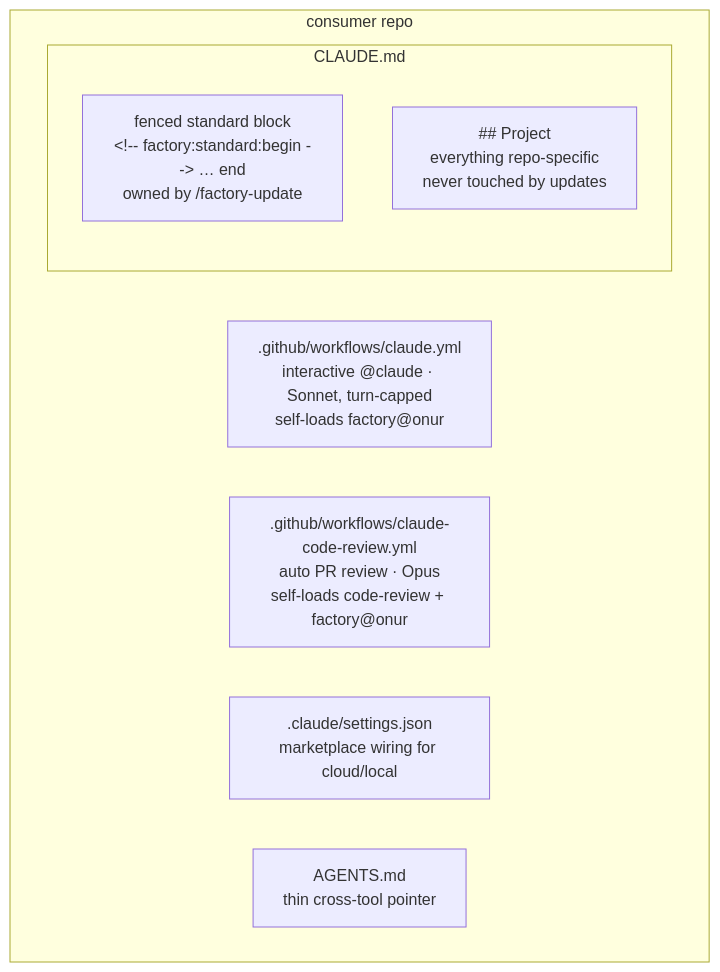
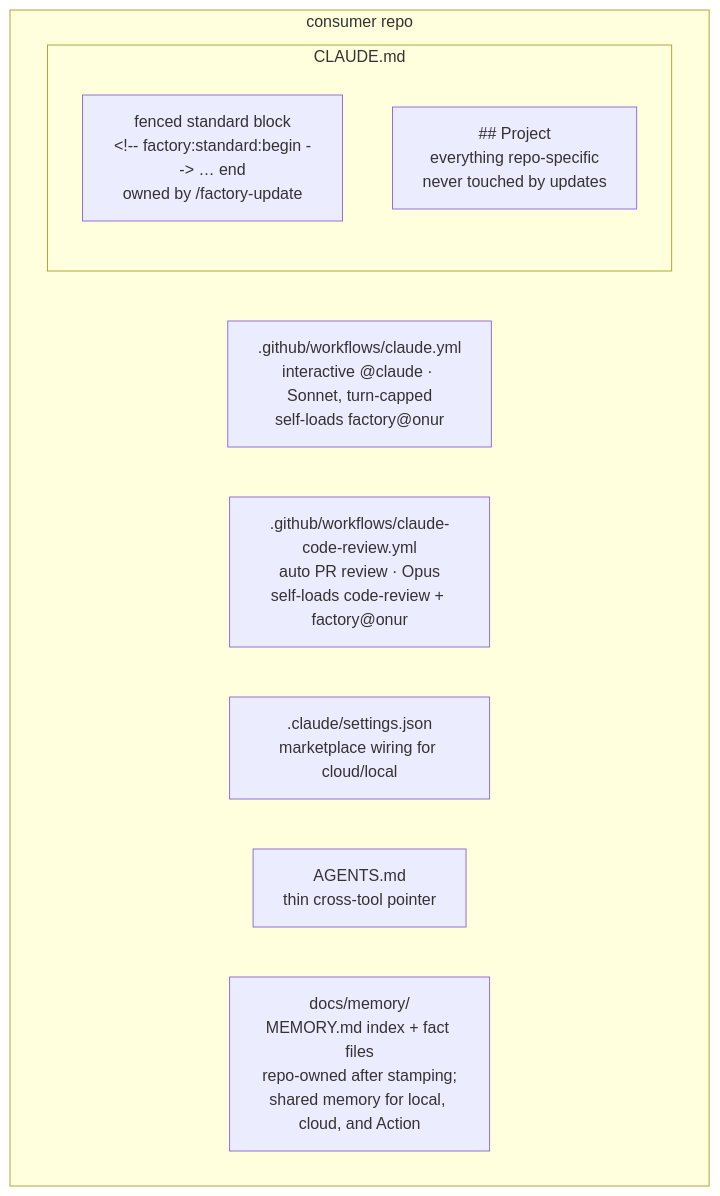
The third of 5 diagrams in README.md (onurcelep/ai-factory), drawn with Mermaid before and after one commit. The commit also changed other lines of this file and 9 other files, not shown here.

First line of the commit message:
repo-memory: repo-committed memory + review-run dedup

````diff
--- a/README.md
+++ b/README.md
@@ -90,13 +92,14 @@
 ```mermaid
 flowchart TD
     subgraph REPO["consumer repo"]
         W1[".github/workflows/claude.yml<br/>interactive @claude · Sonnet, turn-capped<br/>self-loads factory@onur"]
         W2[".github/workflows/claude-code-review.yml<br/>auto PR review · Opus<br/>self-loads code-review + factory@onur"]
         SJ[".claude/settings.json<br/>marketplace wiring for cloud/local"]
         AG["AGENTS.md<br/>thin cross-tool pointer"]
+        MEM["docs/memory/<br/>MEMORY.md index + fact files<br/>repo-owned after stamping;<br/>shared memory for local, cloud, and Action"]
         subgraph CL["CLAUDE.md"]
             STD["fenced standard block<br/>&lt;!-- factory:standard:begin --&gt; … end<br/>owned by /factory-update"]
             PROJ["## Project<br/>everything repo-specific<br/>never touched by updates"]
         end
     end
 ```
````
